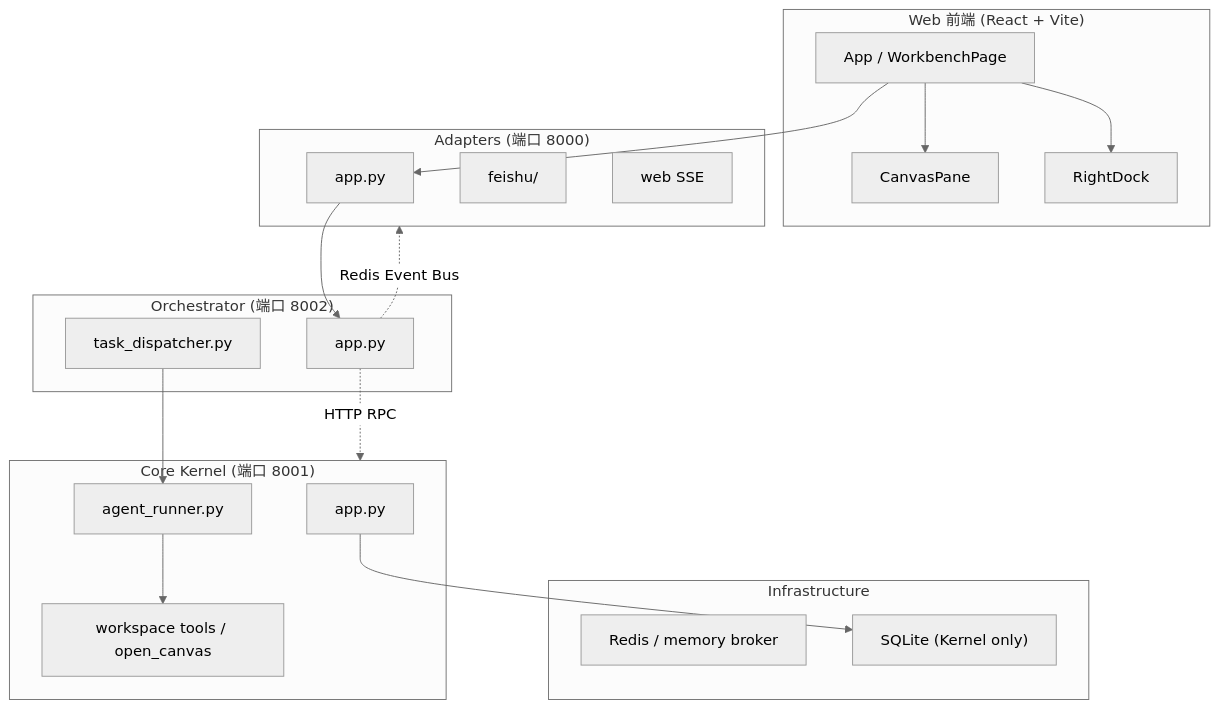
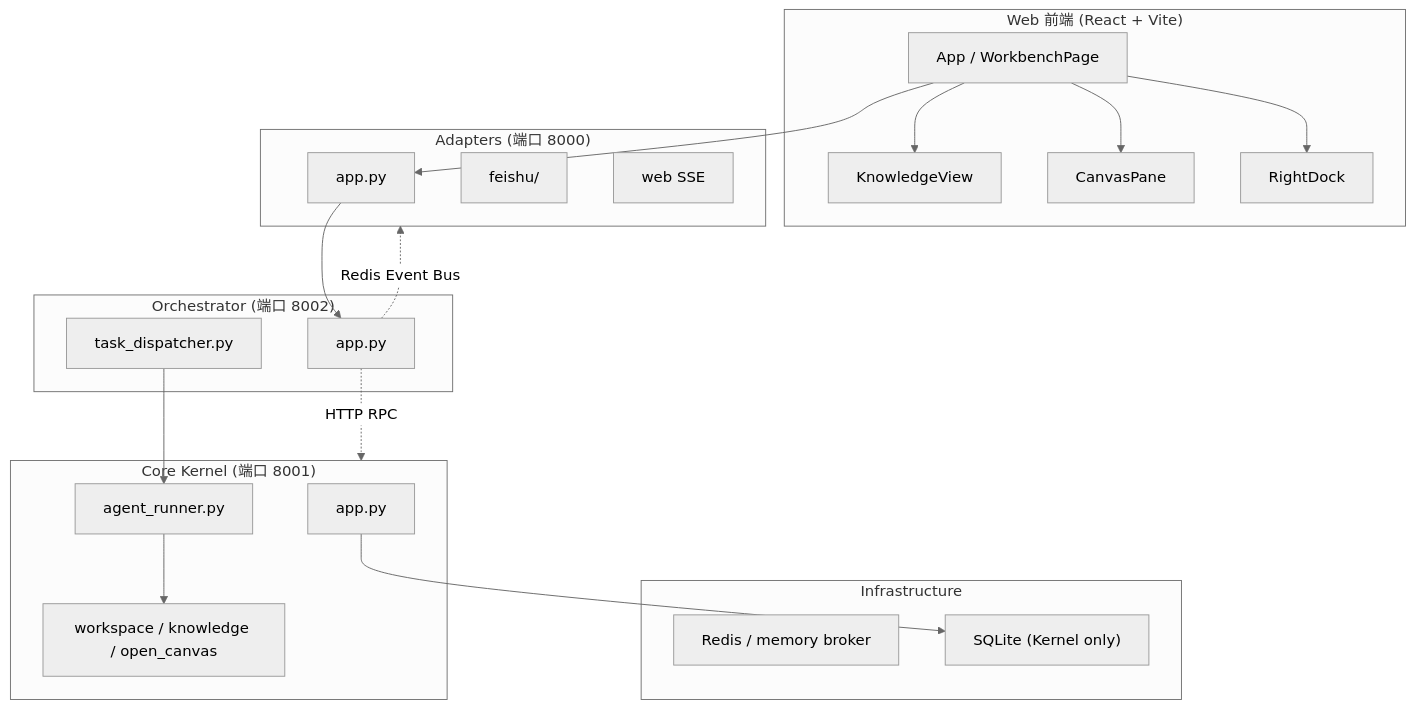
One commit to Dthurt/Nexus_lark_mind changed the diagram in architecture.md. Above: the diagram before and after it, drawn with Mermaid (neutral theme). The commit also changed other lines of this file and 15 other files, not shown here.

````diff
--- a/architecture.md
+++ b/architecture.md
@@ -7,40 +7,42 @@
 ```mermaid
 flowchart TB
     subgraph WebFrontend["Web 前端 (React + Vite)"]
         WebApp["App / WorkbenchPage"]
+        Knowledge["KnowledgeView"]
         Canvas["CanvasPane"]
         Dock["RightDock"]
     end
 
     subgraph Adapters["Adapters (端口 8000)"]
         AdapterApp["app.py"]
         Feishu["feishu/"]
         Web["web SSE"]
     end
 
     subgraph Orchestrator["Orchestrator (端口 8002)"]
         OrchApp["app.py"]
         TaskDispatcher["task_dispatcher.py"]
     end
 
     subgraph CoreKernel["Core Kernel (端口 8001)"]
         KernelApp["app.py"]
         AgentRunner["agent_runner.py"]
-        WorkspaceTools["workspace tools / open_canvas"]
+        WorkspaceTools["workspace / knowledge / open_canvas"]
     end
 
     subgraph Infrastructure["Infrastructure"]
         Redis["Redis / memory broker"]
         Storage["SQLite (Kernel only)"]
     end
 
     WebApp --> AdapterApp
+    WebApp --> Knowledge
     WebApp --> Canvas
     WebApp --> Dock
     AdapterApp --> OrchApp
     TaskDispatcher --> AgentRunner
     AgentRunner --> WorkspaceTools
     OrchApp -.->|"HTTP RPC"| CoreKernel
     OrchApp -.->|"Redis Event Bus"| Adapters
     KernelApp --> Storage
 ```
````
